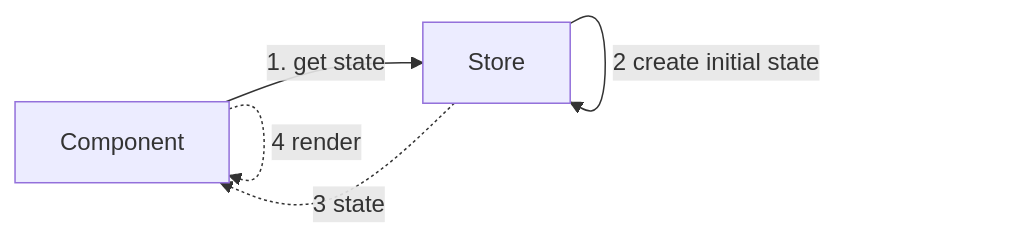
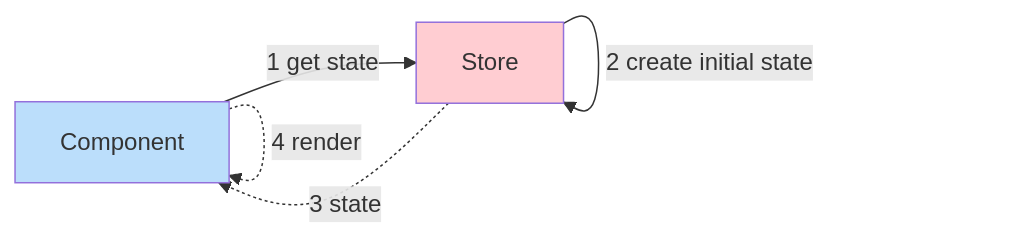
Before and after one commit to pierregillon/Blaztore: the first of 4 diagrams in docs/diagrams.md, drawn with Mermaid. The commit also changed other lines of this file, not shown here.

Commit message:
doc: update diagrams

````diff
--- a/docs/diagrams.md
+++ b/docs/diagrams.md
@@ -6,7 +6,10 @@
 ```mermaid
 flowchart LR
-    Component -- 1. get state --> Store
+    Component -- 1 get state --> Store
     Store -- 2 create initial state --> Store
     Store -.-> |3 state| Component
     Component -.-> |4 render| Component
+    
+    style Component fill:#BBDEFB
+    style Store fill:#FFCDD2
 ```
````
